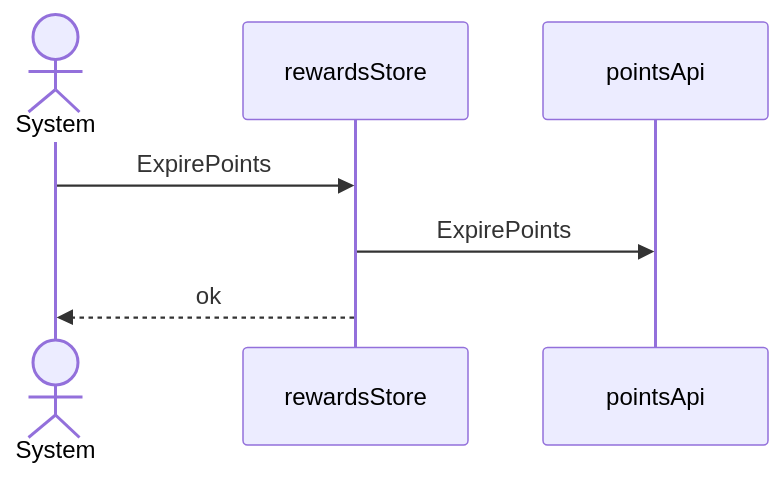
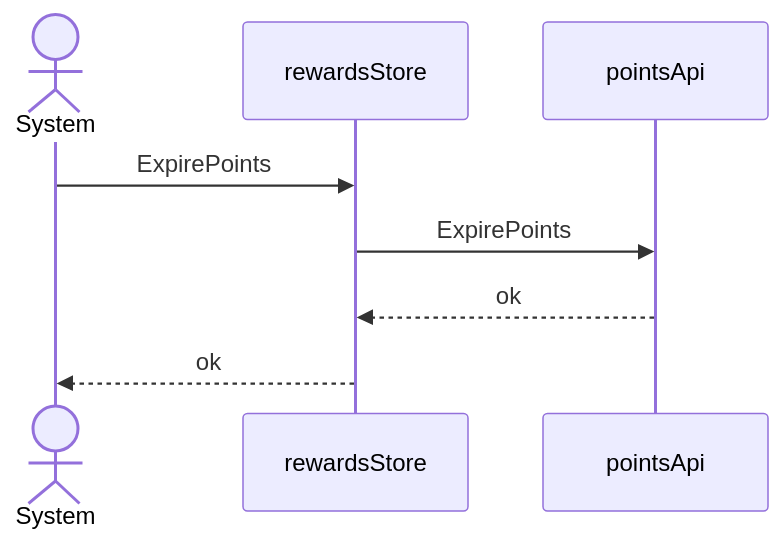
One commit to pin0513/AITools changed the fifth of 6 diagrams in skills/spec-dev-process/examples/matrix/fe-only-mixed-s3/specs/rd/points-redemption/spec/30-architecture-c4.md. Above: the diagram before and after it, drawn with Mermaid. The commit also changed other lines of this file and 257 other files, not shown here.

````diff
--- a/skills/spec-dev-process/examples/matrix/fe-only-mixed-s3/specs/rd/points-redemption/spec/30-architecture-c4.md
+++ b/skills/spec-dev-process/examples/matrix/fe-only-mixed-s3/specs/rd/points-redemption/spec/30-architecture-c4.md
@@ -82,9 +85,10 @@
 ```mermaid
 sequenceDiagram
   actor U as System
   participant CMP004 as rewardsStore
   participant CMP005 as pointsApi
   U->>CMP004: ExpirePoints
   CMP004->>CMP005: ExpirePoints
+  CMP005-->>CMP004: ok
   CMP004-->>U: ok
 ```
````
